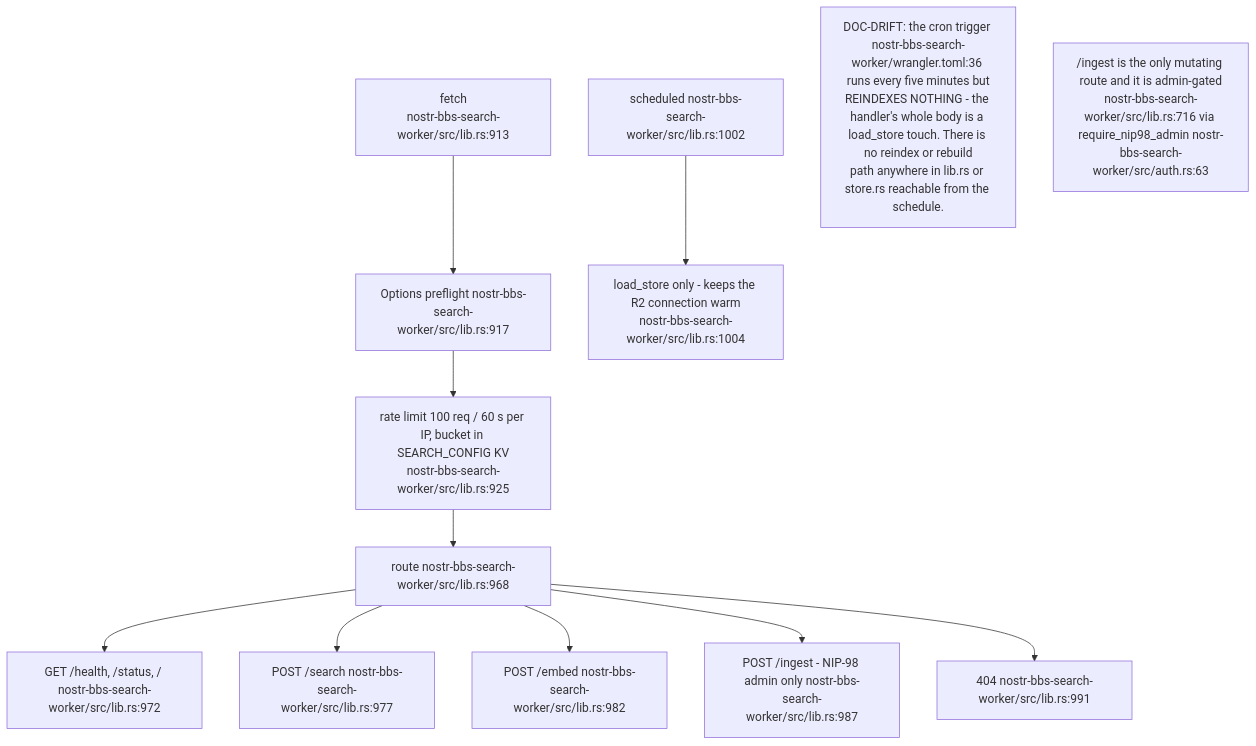
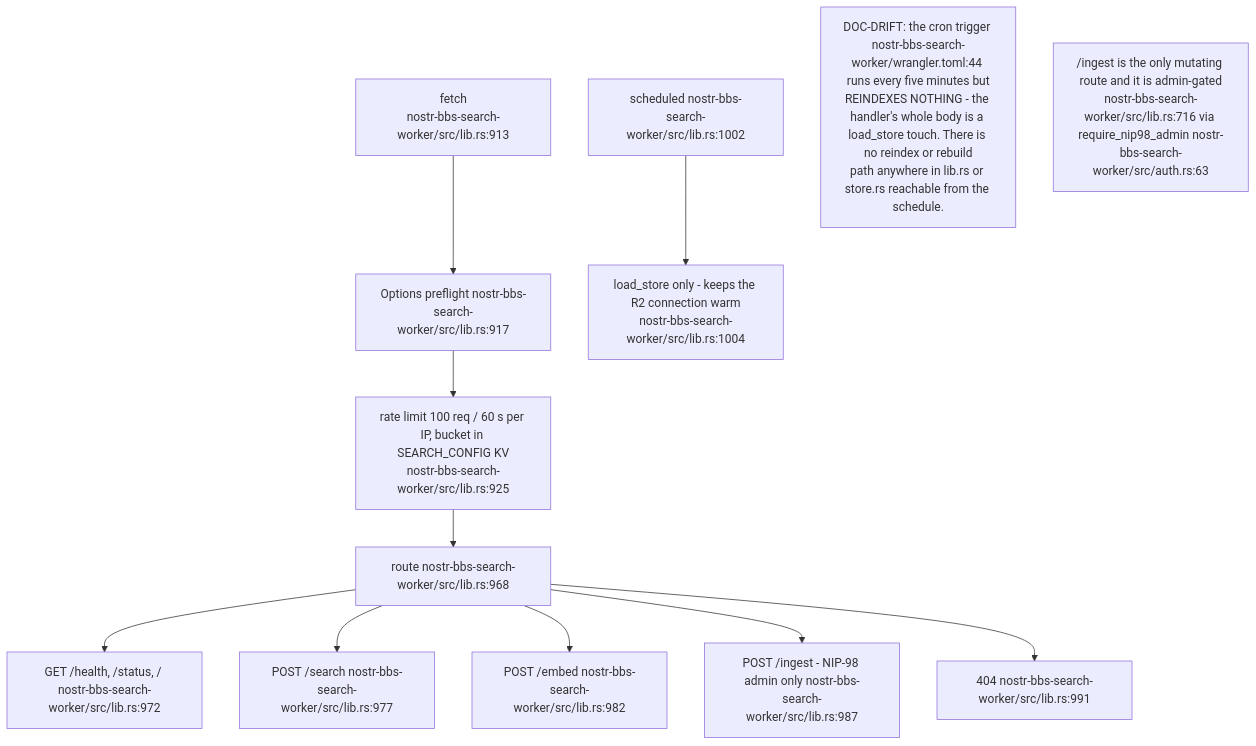
The first of 9 diagrams in docs/diagrams/nostr-rust-forum/07-search-preview-and-shared-worker-utilities.md (DreamLab-AI/VisionFlow), drawn with Mermaid before and after one commit. The commit also changed other lines of this file and 145 other files, not shown here.

````diff
--- a/docs/diagrams/nostr-rust-forum/07-search-preview-and-shared-worker-utilities.md
+++ b/docs/diagrams/nostr-rust-forum/07-search-preview-and-shared-worker-utilities.md
@@ -35,21 +35,21 @@
 ```mermaid
 flowchart TB
     F["fetch<br/>nostr-bbs-search-worker/src/lib.rs:913"]
     OPT["Options preflight nostr-bbs-search-worker/src/lib.rs:917"]
     RL["rate limit 100 req / 60 s per IP, bucket in SEARCH_CONFIG KV<br/>nostr-bbs-search-worker/src/lib.rs:925"]
     RT["route nostr-bbs-search-worker/src/lib.rs:968"]
     H["GET /health, /status, / nostr-bbs-search-worker/src/lib.rs:972"]
     S["POST /search nostr-bbs-search-worker/src/lib.rs:977"]
     E["POST /embed nostr-bbs-search-worker/src/lib.rs:982"]
     I["POST /ingest - NIP-98 admin only nostr-bbs-search-worker/src/lib.rs:987"]
     NF404["404 nostr-bbs-search-worker/src/lib.rs:991"]
     CRON["scheduled nostr-bbs-search-worker/src/lib.rs:1002"]
 
     F --> OPT --> RL --> RT
     RT --> H & S & E & I
     RT --> NF404
     CRON --> WARM["load_store only - keeps the R2 connection warm<br/>nostr-bbs-search-worker/src/lib.rs:1004"]
 
-    N1["DOC-DRIFT: the cron trigger nostr-bbs-search-worker/wrangler.toml:36 runs every five minutes but<br/>REINDEXES NOTHING - the handler's whole body is a load_store touch. There is no reindex or rebuild<br/>path anywhere in lib.rs or store.rs reachable from the schedule."]
+    N1["DOC-DRIFT: the cron trigger nostr-bbs-search-worker/wrangler.toml:44 runs every five minutes but<br/>REINDEXES NOTHING - the handler's whole body is a load_store touch. There is no reindex or rebuild<br/>path anywhere in lib.rs or store.rs reachable from the schedule."]
     N2["/ingest is the only mutating route and it is admin-gated<br/>nostr-bbs-search-worker/src/lib.rs:716 via require_nip98_admin nostr-bbs-search-worker/src/auth.rs:63"]
 ```
````
